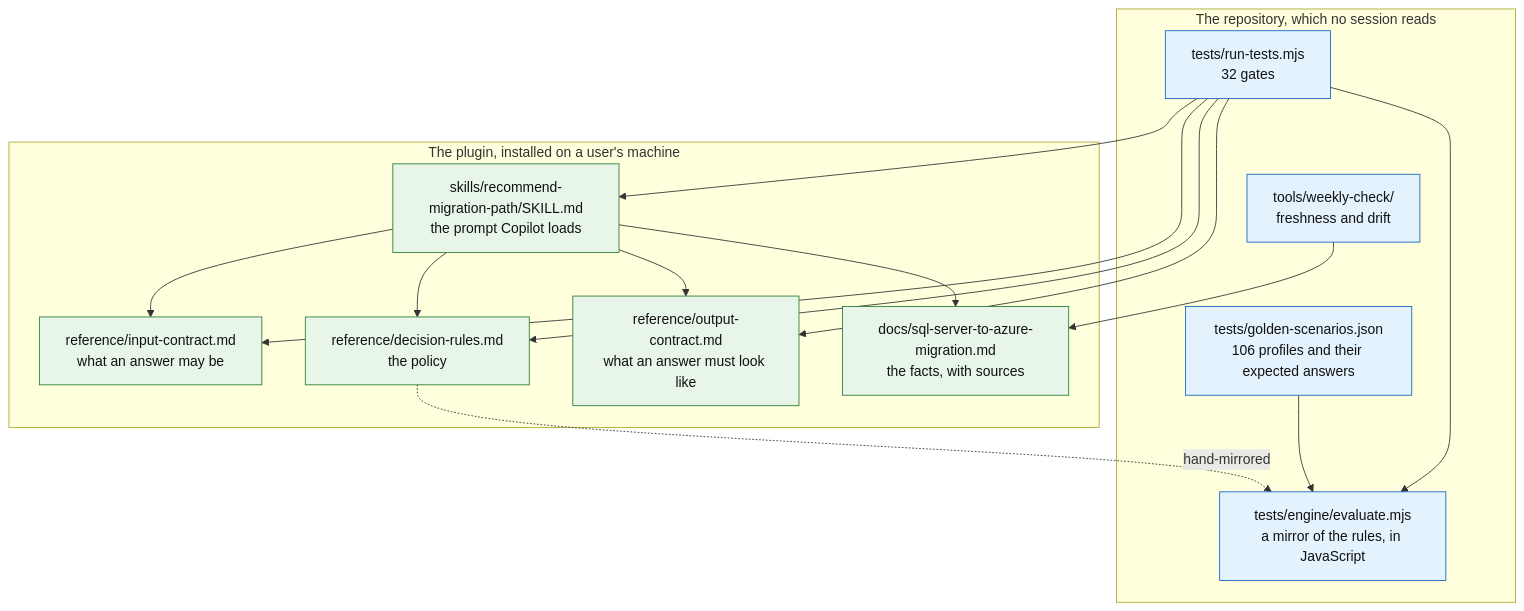
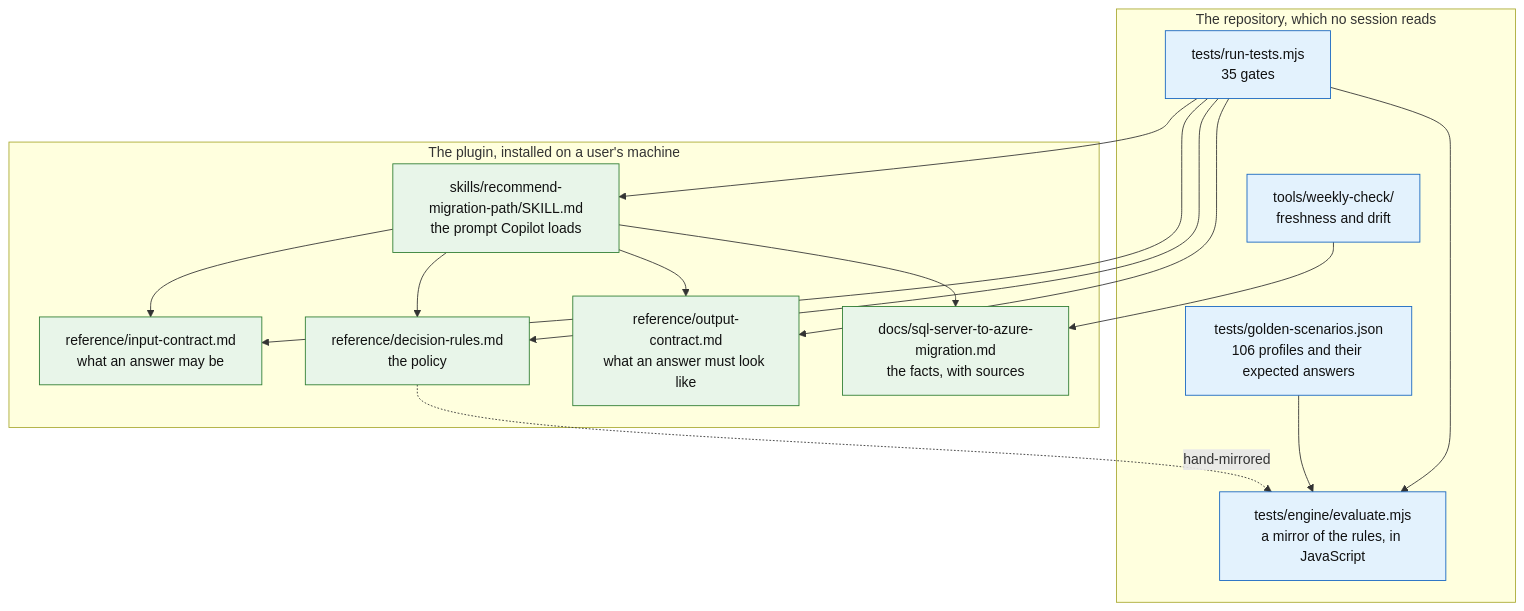
Before and after one commit to fredgis/sql-migration-advisor: the first of 3 diagrams in docs/ARCHITECTURE.md, drawn with Mermaid. The commit also changed other lines of this file and 23 other files, not shown here.

````diff
--- a/docs/ARCHITECTURE.md
+++ b/docs/ARCHITECTURE.md
@@ -28,35 +28,35 @@
 ```mermaid
 flowchart TD
     subgraph plugin["The plugin, installed on a user's machine"]
       SK["skills/recommend-migration-path/SKILL.md<br/>the prompt Copilot loads"]
       IC["reference/input-contract.md<br/>what an answer may be"]
       DR["reference/decision-rules.md<br/>the policy"]
       OC["reference/output-contract.md<br/>what an answer must look like"]
       KB["docs/sql-server-to-azure-migration.md<br/>the facts, with sources"]
     end
 
     subgraph repo["The repository, which no session reads"]
       EN["tests/engine/evaluate.mjs<br/>a mirror of the rules, in JavaScript"]
       GS["tests/golden-scenarios.json<br/>106 profiles and their expected answers"]
-      GA["tests/run-tests.mjs<br/>32 gates"]
+      GA["tests/run-tests.mjs<br/>35 gates"]
       WK["tools/weekly-check/<br/>freshness and drift"]
     end
 
     SK --> IC
     SK --> DR
     SK --> OC
     SK --> KB
     DR -.->|hand-mirrored| EN
     GS --> EN
     GA --> EN
     GA --> SK
     GA --> IC
     GA --> DR
     GA --> OC
     WK --> KB
 
     classDef live fill:#e8f5e9,stroke:#2e7d32,color:#111
     classDef test fill:#e3f2fd,stroke:#1565c0,color:#111
     class SK,IC,DR,OC,KB live
     class EN,GS,GA,WK test
 ```
````
